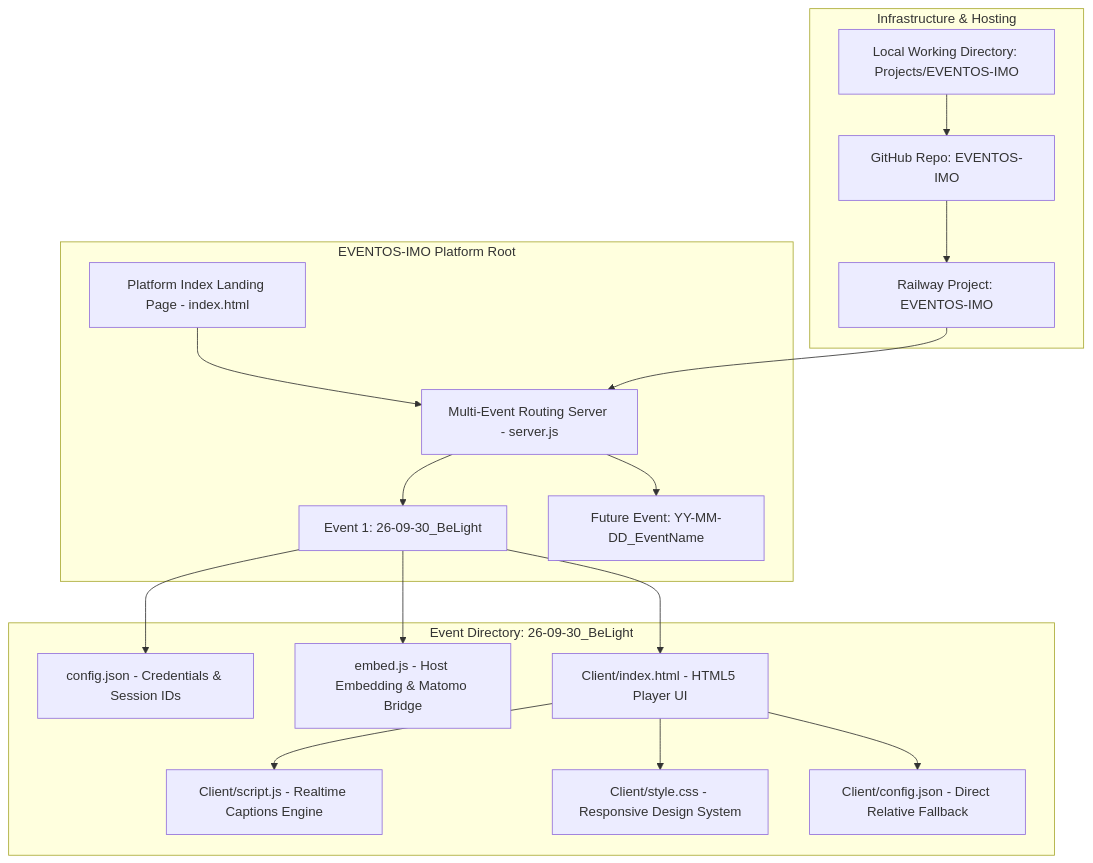
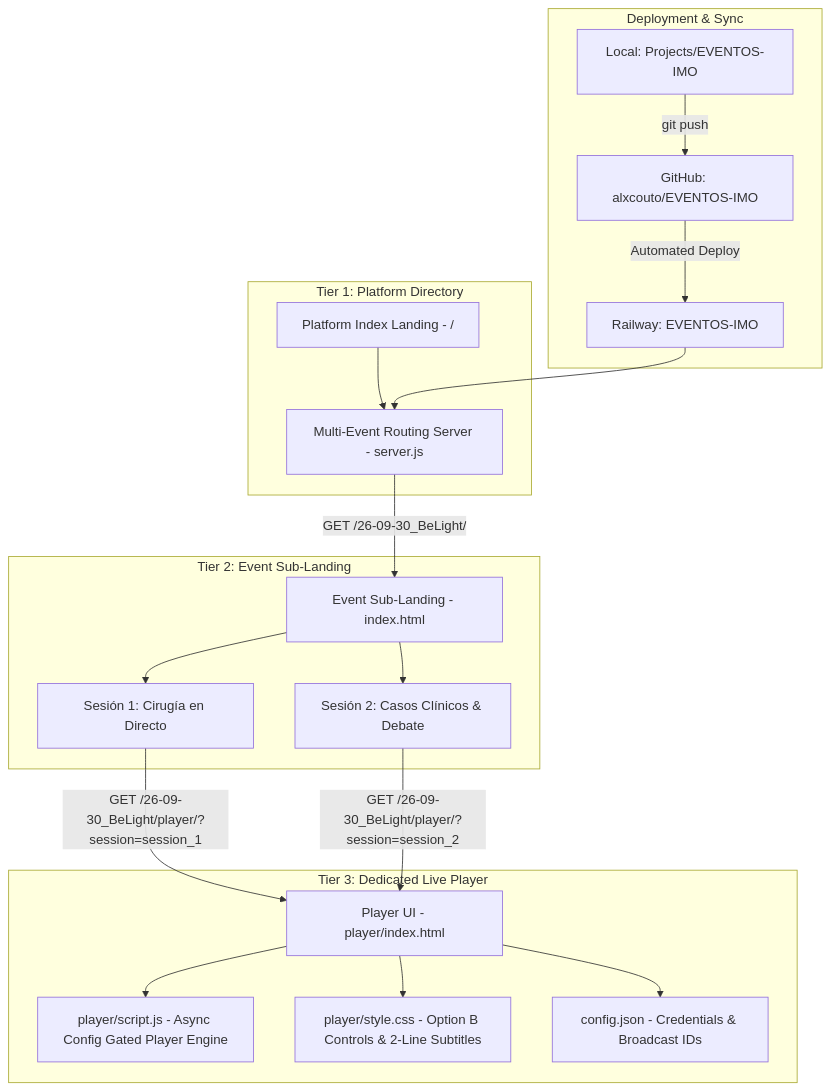
Before and after one commit to alxcouto/EVENTOS-IMO: the diagram in 02-Implementation.md, drawn with Mermaid. The commit also changed other lines of this file and 10 other files, not shown here.

Commit message:
feat: Implement 3-tier architecture, event sub-landing, and fix YouTube async race condition

````diff
--- a/02-Implementation.md
+++ b/02-Implementation.md
@@ -19,23 +19,26 @@
 ```mermaid
 graph TD
-  subgraph Platform_Root [EVENTOS-IMO Platform Root]
-    A[Platform Index Landing Page - index.html] --> S[Multi-Event Routing Server - server.js]
-    S --> B[Event 1: 26-09-30_BeLight]
-    S --> C[Future Event: YY-MM-DD_EventName]
+  subgraph Tier_1 [Tier 1: Platform Directory]
+    A[Platform Index Landing - /] --> S[Multi-Event Routing Server - server.js]
   end
 
-  subgraph Event_BeLight [Event Directory: 26-09-30_BeLight]
-    B --> B1[config.json - Credentials & Session IDs]
-    B --> B2[embed.js - Host Embedding & Matomo Bridge]
-    B --> B3[Client/index.html - HTML5 Player UI]
-    B3 --> B4[Client/script.js - Realtime Captions Engine]
-    B3 --> B5[Client/style.css - Responsive Design System]
-    B3 --> B6[Client/config.json - Direct Relative Fallback]
+  subgraph Tier_2 [Tier 2: Event Sub-Landing]
+    S -->|GET /26-09-30_BeLight/| B[Event Sub-Landing - index.html]
+    B --> B_Ses1[Sesión 1: Cirugía en Directo]
+    B --> B_Ses2[Sesión 2: Casos Clínicos & Debate]
   end
 
-  subgraph Hosting_Deployment [Infrastructure & Hosting]
-    G[GitHub Repo: EVENTOS-IMO] --> R[Railway Project: EVENTOS-IMO]
+  subgraph Tier_3 [Tier 3: Dedicated Live Player]
+    B_Ses1 -->|GET /26-09-30_BeLight/player/?session=session_1| P[Player UI - player/index.html]
+    B_Ses2 -->|GET /26-09-30_BeLight/player/?session=session_2| P
+    P --> P1[player/script.js - Async Config Gated Player Engine]
+    P --> P2[player/style.css - Option B Controls & 2-Line Subtitles]
+    P --> P3[config.json - Credentials & Broadcast IDs]
+  end
+
+  subgraph Infrastructure [Deployment & Sync]
+    L[Local: Projects/EVENTOS-IMO] -->|git push| G[GitHub: alxcouto/EVENTOS-IMO]
+    G -->|Automated Deploy| R[Railway: EVENTOS-IMO]
     R --> S
-    L[Local Working Directory: Projects/EVENTOS-IMO] --> G
   end
 ```
````
